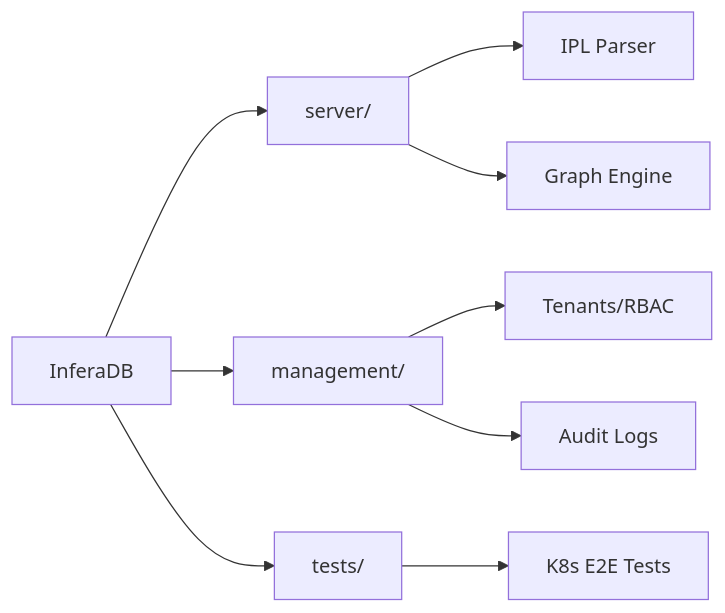
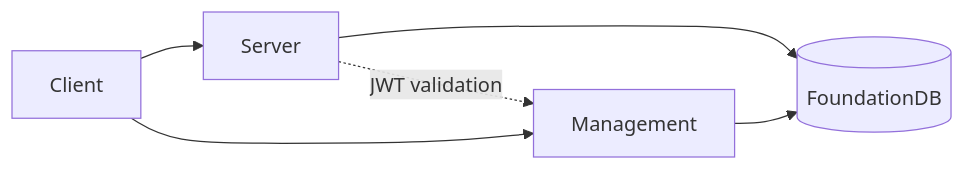
Before and after one commit to inferadb/inferadb: the diagram in README.md, drawn with Mermaid. The commit also changed other lines of this file, not shown here.

````diff
--- a/README.md
+++ b/README.md
@@ -75,11 +65,8 @@
 ```mermaid
 graph LR
-    A[InferaDB] --> B[server/]
-    A --> C[management/]
-    A --> D[tests/]
-    B --> B1[IPL Parser]
-    B --> B2[Graph Engine]
-    C --> C1[Tenants/RBAC]
-    C --> C2[Audit Logs]
-    D --> D1[K8s E2E Tests]
+    A[Client] --> B[Server]
+    A --> C[Management]
+    B --> D[(FoundationDB)]
+    C --> D
+    B -.->|JWT validation| C
 ```
````
